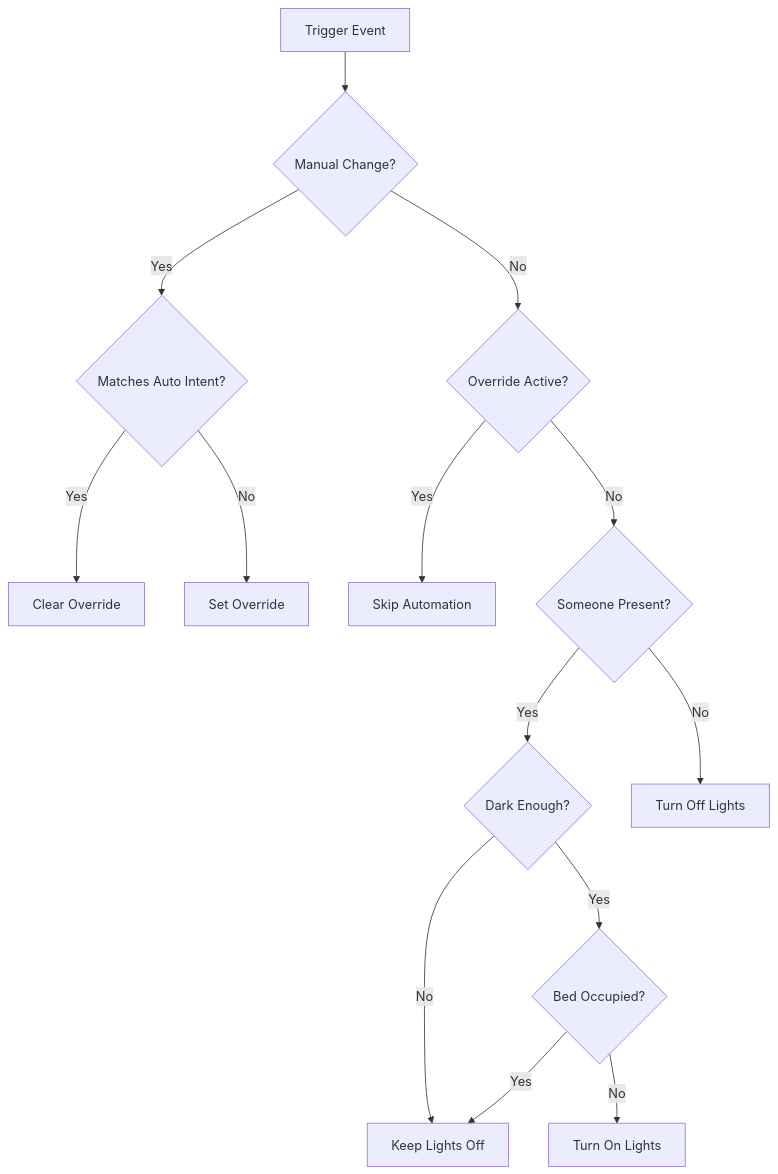
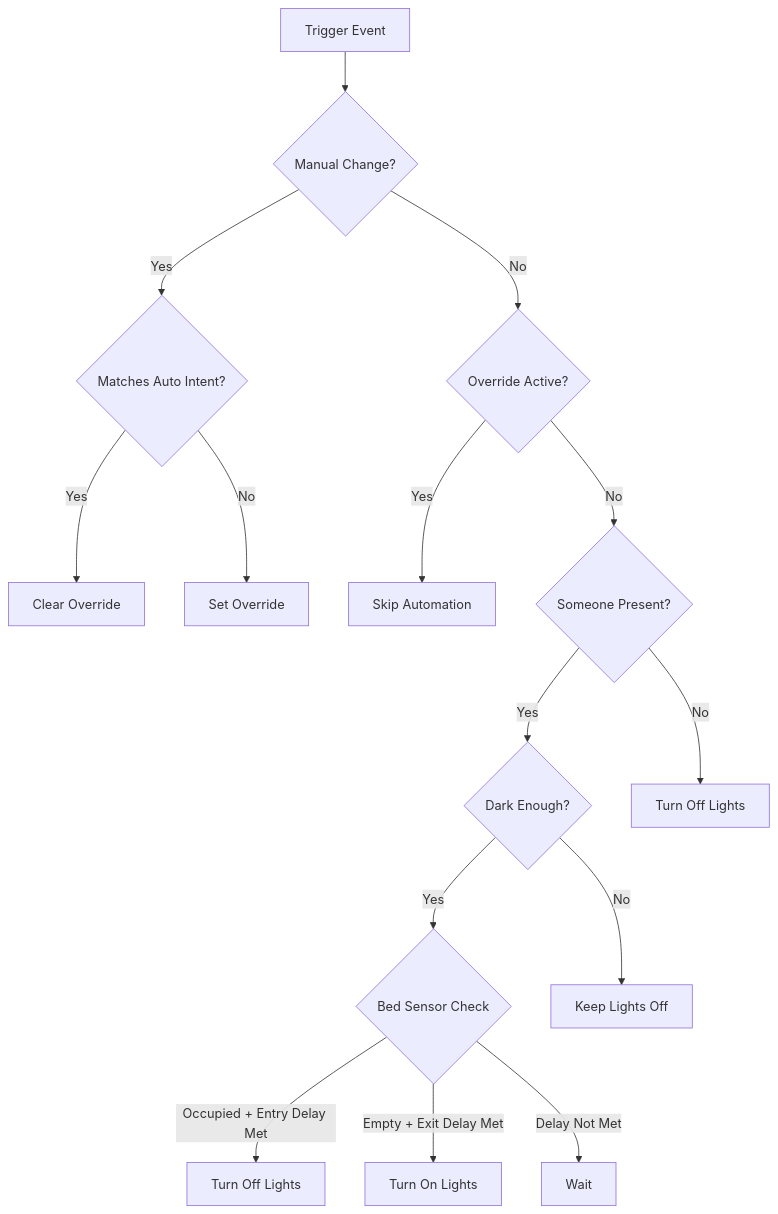
The diagram in README.md (Chris971991/Universal-Smart-Light-Automation), drawn with Mermaid before and after one commit. The commit also changed other lines of this file and 1 other file, not shown here.

Commit message:
Change sun elevation to actual sunrise and sunset. Update to allow edlay timers for bed sensor activation.

````diff
--- a/README.md
+++ b/README.md
@@ -262,16 +290,17 @@
 ```mermaid
 graph TD
     A[Trigger Event] --> B{Manual Change?}
     B -->|Yes| C{Matches Auto Intent?}
     B -->|No| D{Override Active?}
     C -->|Yes| E[Clear Override]
     C -->|No| F[Set Override]
     D -->|Yes| G[Skip Automation]
     D -->|No| H{Someone Present?}
     H -->|Yes| I{Dark Enough?}
     H -->|No| J[Turn Off Lights]
-    I -->|Yes| K{Bed Occupied?}
+    I -->|Yes| K{Bed Sensor Check}
     I -->|No| L[Keep Lights Off]
-    K -->|Yes| L
-    K -->|No| M[Turn On Lights]
+    K -->|Occupied + Entry Delay Met| M[Turn Off Lights]
+    K -->|Empty + Exit Delay Met| N[Turn On Lights]
+    K -->|Delay Not Met| O[Wait]
 ```
````
